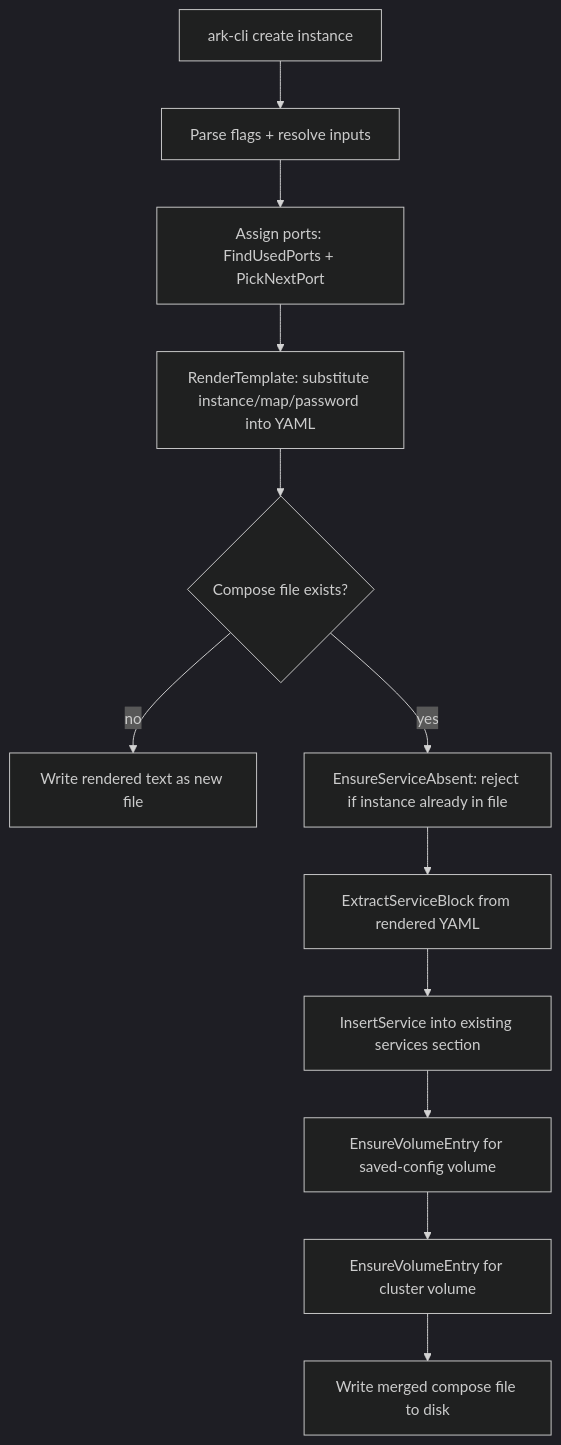
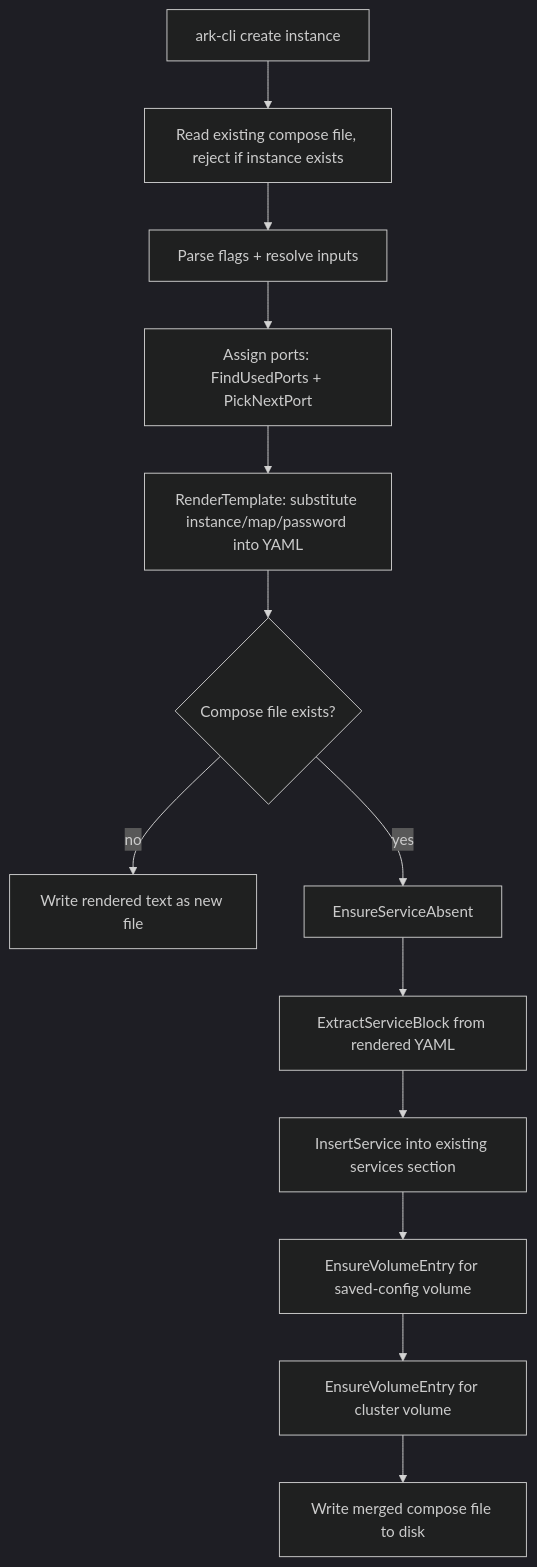
Before and after one commit to bryanwieg/arkascended-server: the fifth of 12 diagrams in docs/dev/reference/runtime-call-graph.md, drawn with Mermaid (dark theme). The commit also changed other lines of this file and 38 other files, not shown here.

````diff
--- a/docs/dev/reference/runtime-call-graph.md
+++ b/docs/dev/reference/runtime-call-graph.md
@@ -113,14 +131,15 @@
 ```mermaid
 flowchart TD
-    A[ark-cli create instance] --> B[Parse flags + resolve inputs]
+    A[ark-cli create instance] --> A1[Read existing compose file, reject if instance exists]
+    A1 --> B[Parse flags + resolve inputs]
     B --> C[Assign ports: FindUsedPorts + PickNextPort]
     C --> D[RenderTemplate: substitute instance/map/password into YAML]
     D --> E{Compose file exists?}
-    E -- no --> F[Write rendered text as new file]
-    E -- yes --> G[EnsureServiceAbsent: reject if instance already in file]
+    E -->|"no"| F[Write rendered text as new file]
+    E -->|"yes"| G[EnsureServiceAbsent]
     G --> H[ExtractServiceBlock from rendered YAML]
     H --> I[InsertService into existing services section]
     I --> J[EnsureVolumeEntry for saved-config volume]
     J --> K[EnsureVolumeEntry for cluster volume]
     K --> F2[Write merged compose file to disk]
 ```
````
